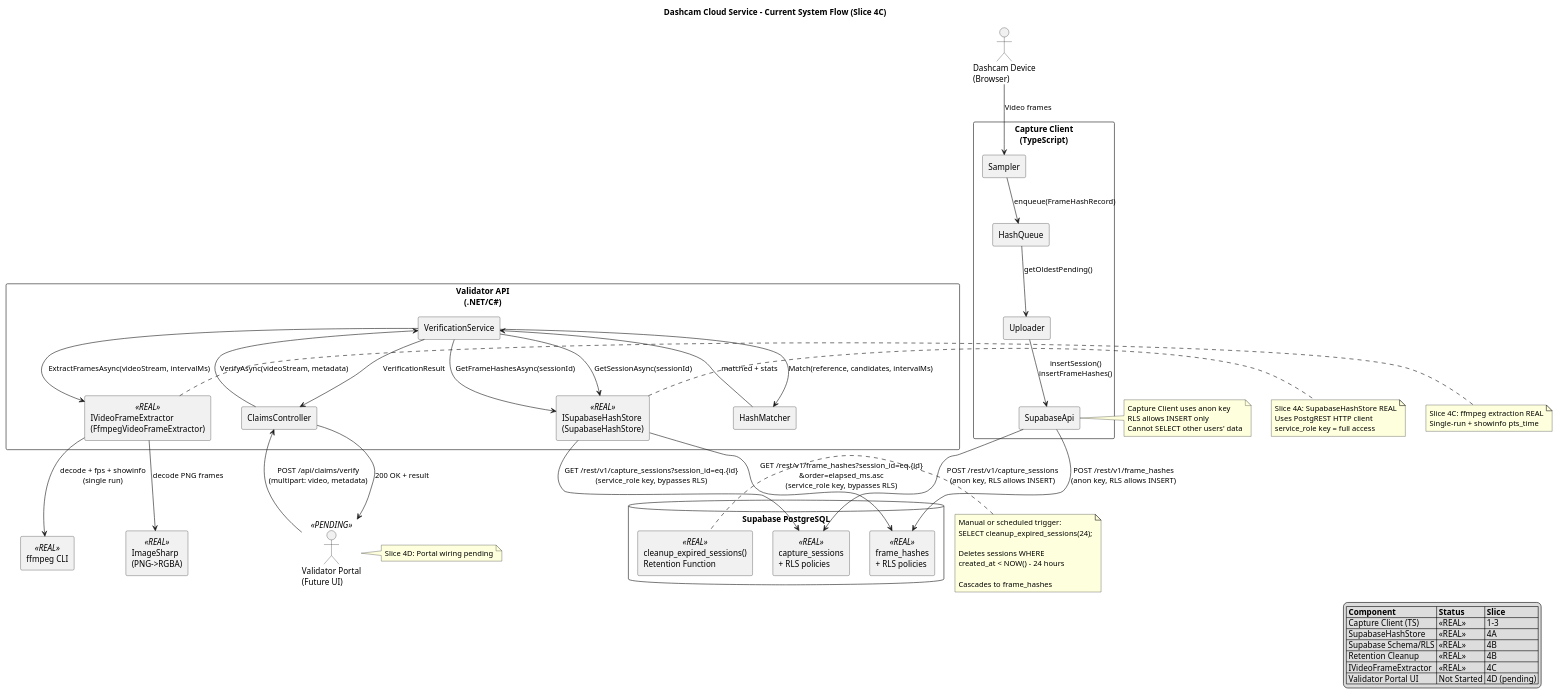
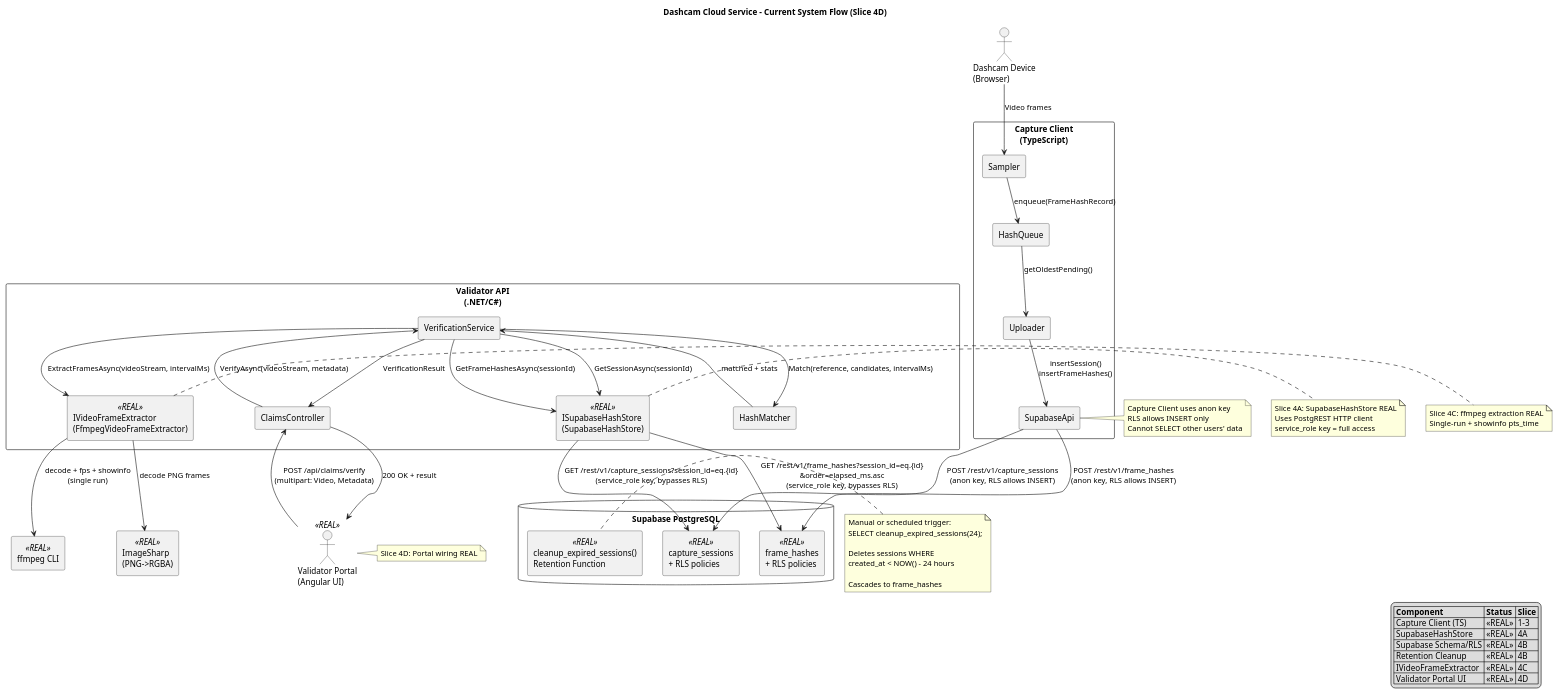
The diagram in docs/flow/current-system-flow.puml (JayGarland/dashcam-cloudservice-web), drawn with PlantUML before and after one commit. The commit also changed 30 other files, not shown here.

First line of the commit message:
Add Angular validator portal and update API project

```diff
--- a/docs/flow/current-system-flow.puml
+++ b/docs/flow/current-system-flow.puml
@@ -1,116 +1,116 @@
 @startuml
 skinparam shadowing false
 skinparam componentStyle rectangle
 
-title Dashcam Cloud Service - Current System Flow (Slice 4C)
+title Dashcam Cloud Service - Current System Flow (Slice 4D)
 
 ' ============================================================================
 ' Actors and Components
 ' ============================================================================
 
 actor "Dashcam Device\n(Browser)" as Client
-actor "Validator Portal\n(Future UI)" <<PENDING>> as Portal
+actor "Validator Portal\n(Angular UI)" <<REAL>> as Portal
 
 component "Capture Client\n(TypeScript)" as CaptureApp {
   component "Sampler" as Sampler
   component "HashQueue" as Queue
   component "Uploader" as Uploader
   component "SupabaseApi" as ClientApi
 }
 
 component "Validator API\n(.NET/C#)" as ValidatorApp {
   component "ClaimsController" as Controller
   component "VerificationService" as Verify
   component "ISupabaseHashStore\n(SupabaseHashStore)" <<REAL>> as Store
   component "IVideoFrameExtractor\n(FfmpegVideoFrameExtractor)" <<REAL>> as Extractor
   component "HashMatcher" as Matcher
 }
 
 component "ffmpeg CLI" <<REAL>> as Ffmpeg
 component "ImageSharp\n(PNG->RGBA)" <<REAL>> as ImageSharp
 
 database "Supabase PostgreSQL" as DB {
   component "capture_sessions\n+ RLS policies" <<REAL>> as SessionsTable
   component "frame_hashes\n+ RLS policies" <<REAL>> as HashesTable
   component "cleanup_expired_sessions()\nRetention Function" <<REAL>> as Cleanup
 }
 
 ' ============================================================================
 ' Capture Flow (Write Path)
 ' ============================================================================
 
 Client --> Sampler : Video frames
 Sampler --> Queue : enqueue(FrameHashRecord)
 Queue --> Uploader : getOldestPending()
 Uploader --> ClientApi : insertSession()\ninsertFrameHashes()
 ClientApi --> SessionsTable : POST /rest/v1/capture_sessions\n(anon key, RLS allows INSERT)
 ClientApi --> HashesTable : POST /rest/v1/frame_hashes\n(anon key, RLS allows INSERT)
 
 note right of ClientApi
 Capture Client uses anon key
 RLS allows INSERT only
 Cannot SELECT other users' data
 end note
 
 ' ============================================================================
 ' Verification Flow (Read Path)
 ' ============================================================================
 
-Portal --> Controller : POST /api/claims/verify\n(multipart: video, metadata)
+Portal --> Controller : POST /api/claims/verify\n(multipart: Video, Metadata)
 Controller --> Verify : VerifyAsync(videoStream, metadata)
 Verify --> Store : GetSessionAsync(sessionId)
 Store --> SessionsTable : GET /rest/v1/capture_sessions?session_id=eq.{id}\n(service_role key, bypasses RLS)
 Verify --> Store : GetFrameHashesAsync(sessionId)
 Store --> HashesTable : GET /rest/v1/frame_hashes?session_id=eq.{id}\n&order=elapsed_ms.asc\n(service_role key, bypasses RLS)
 Verify --> Extractor : ExtractFramesAsync(videoStream, intervalMs)
 Extractor --> Ffmpeg : decode + fps + showinfo\n(single run)
 Extractor --> ImageSharp : decode PNG frames
 Verify --> Matcher : Match(reference, candidates, intervalMs)
 Matcher --> Verify : matched + stats
 Verify --> Controller : VerificationResult
 Controller --> Portal : 200 OK + result
 
 note right of Store
 Slice 4A: SupabaseHashStore REAL
 Uses PostgREST HTTP client
 service_role key = full access
 end note
 
 note right of Extractor
 Slice 4C: ffmpeg extraction REAL
 Single-run + showinfo pts_time
 end note
 
 note right of Portal
-Slice 4D: Portal wiring pending
+Slice 4D: Portal wiring REAL
 end note
 
 ' ============================================================================
 ' Retention Flow (Cleanup)
 ' ============================================================================
 
 note left of Cleanup
 Manual or scheduled trigger:
 SELECT cleanup_expired_sessions(24);
 
 Deletes sessions WHERE
 created_at < NOW() - 24 hours
 
 Cascades to frame_hashes
 end note
 
 ' ============================================================================
 ' Legend
 ' ============================================================================
 
 legend right
   |= Component |= Status |= Slice |
   | Capture Client (TS) | <<REAL>> | 1-3 |
   | SupabaseHashStore | <<REAL>> | 4A |
   | Supabase Schema/RLS | <<REAL>> | 4B |
   | Retention Cleanup | <<REAL>> | 4B |
   | IVideoFrameExtractor | <<REAL>> | 4C |
-  | Validator Portal UI | Not Started | 4D (pending) |
+  | Validator Portal UI | <<REAL>> | 4D |
 endlegend
 
 @enduml
```
